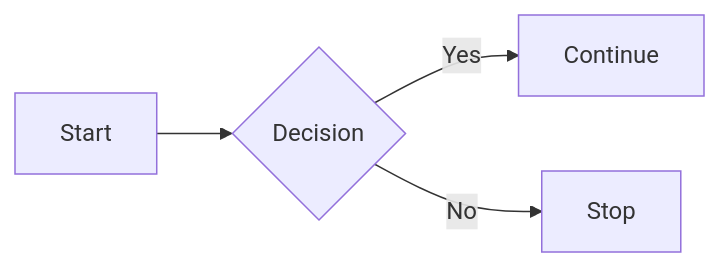
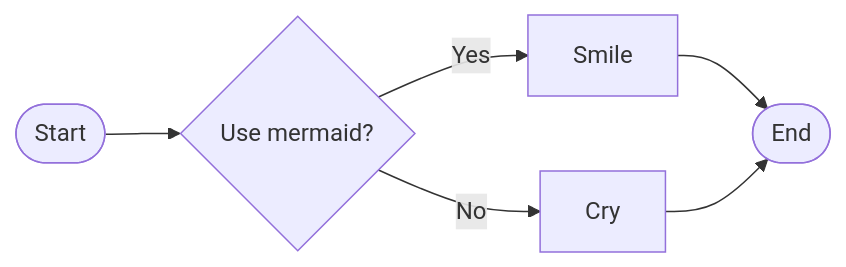
The diagram in README.md (kf-martins-uel/algoritmos-atividade1), drawn with Mermaid before and after one commit. The commit also changed other lines of this file and 2 other files, not shown here.

````diff
--- a/README.md
+++ b/README.md
@@ -13,7 +11,8 @@
 ```mermaid
 flowchart LR
-  A[Start] --> B{Decision}
-  B -->|Yes| C[Continue]
-  B -->|No| D[Stop]
-
+  A([Start]) --> B{Use mermaid?}
+  B -->|Yes| C[Smile]
+  B -->|No| D[Cry]
+  C --> E([End])
+  D --> E
 ```    
````
